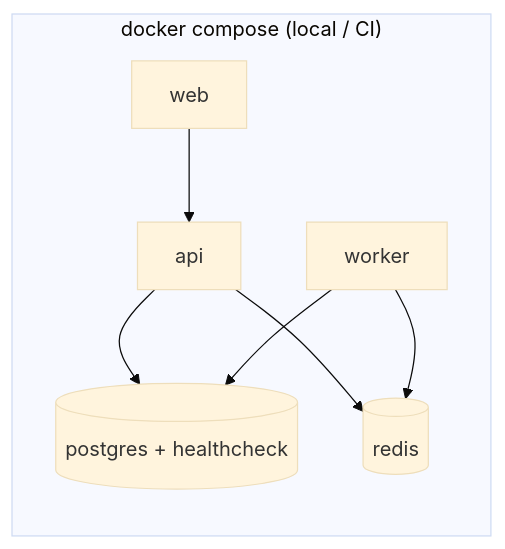
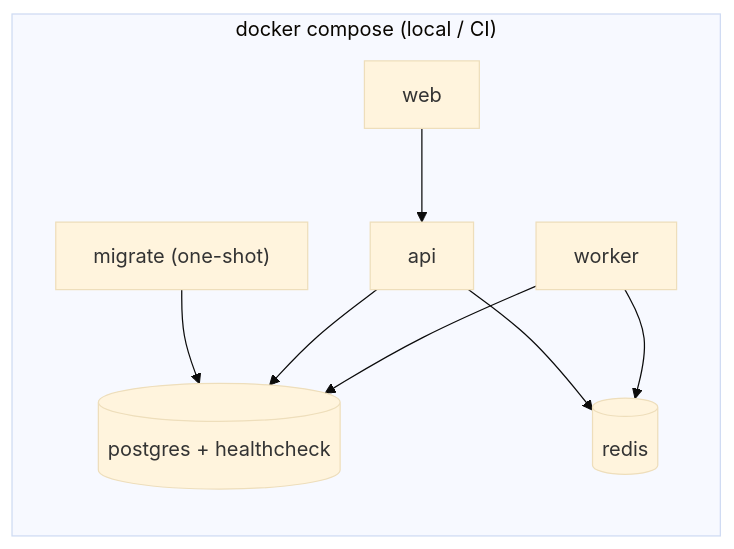
The eighth of 8 diagrams in ARCHITECTURE.md (Vishwas1345/LabOps-Copilot), drawn with Mermaid (base theme) before and after one commit. The commit also changed other lines of this file and 2 other files, not shown here.

First line of the commit message:
docs: rewrite ARCHITECTURE where it described a design, not the system

````diff
--- a/ARCHITECTURE.md
+++ b/ARCHITECTURE.md
@@ -955,15 +955,17 @@
 ```mermaid
 flowchart LR
   subgraph compose["docker compose (local / CI)"]
     PGS[("postgres + healthcheck")]
     RDS[("redis")]
+    MIG["migrate (one-shot)"]
     APIS["api"]
     WRKS["worker"]
     WEBS["web"]
   end
+  MIG --> PGS
   APIS --> PGS
   APIS --> RDS
   WRKS --> PGS
   WRKS --> RDS
   WEBS --> APIS
 ```
````
